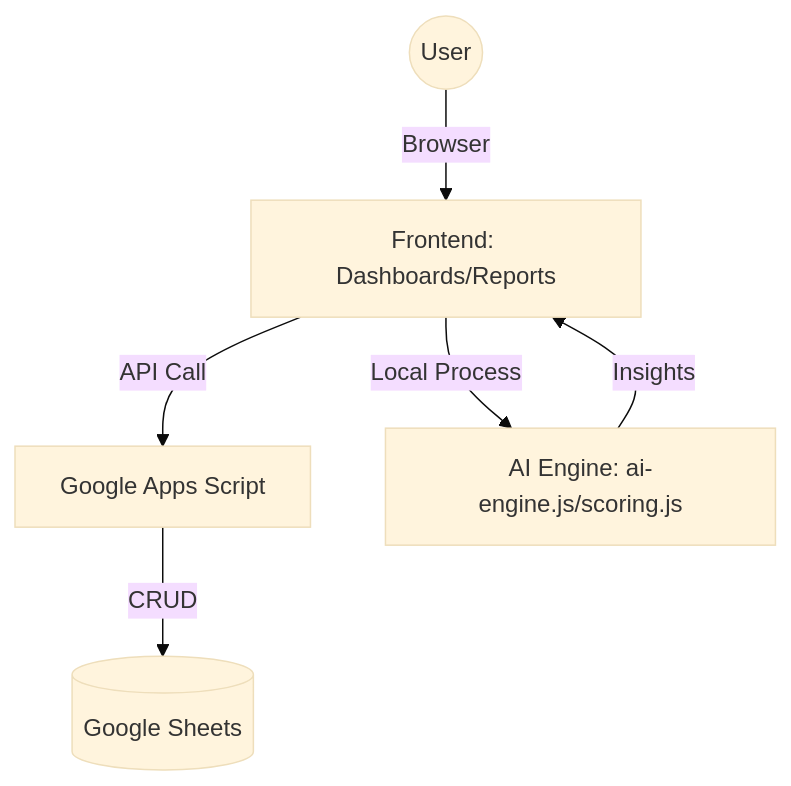
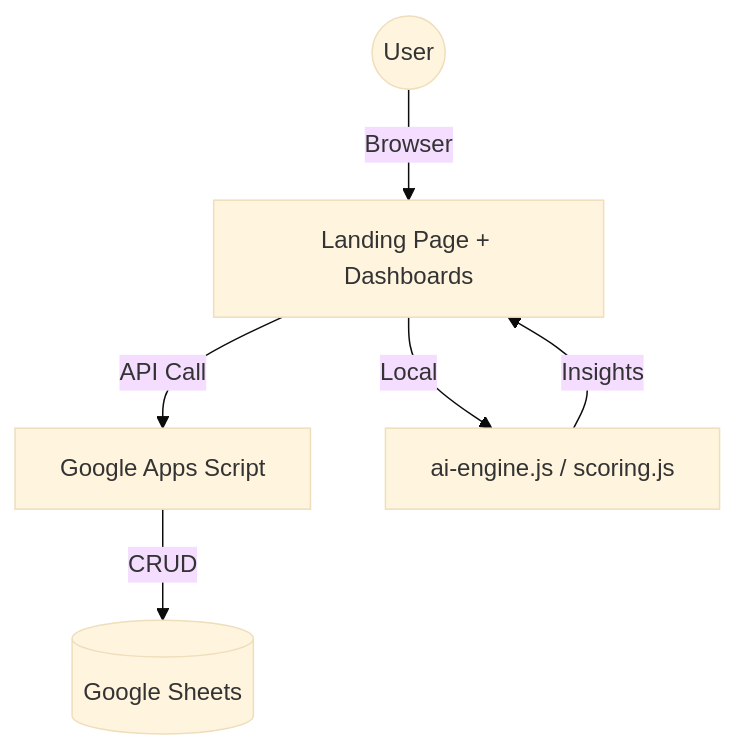
The diagram in docs/SYSTEM_DOCUMENTATION_V3.md (poppatompong-dev/KPI_Dashboard), drawn with Mermaid (base theme) before and after one commit. The commit also changed other lines of this file and 4 other files, not shown here.

````diff
--- a/docs/SYSTEM_DOCUMENTATION_V3.md
+++ b/docs/SYSTEM_DOCUMENTATION_V3.md
@@ -22,8 +20,8 @@
 ```mermaid
 graph TD
-    User((User)) -->|Browser| UI[Frontend: Dashboards/Reports]
+    User((User)) -->|Browser| UI[Landing Page + Dashboards]
     UI -->|API Call| GAS[Google Apps Script]
     GAS -->|CRUD| GS[(Google Sheets)]
-    UI -->|Local Process| AI[AI Engine: ai-engine.js/scoring.js]
+    UI -->|Local| AI[ai-engine.js / scoring.js]
     AI -->|Insights| UI
 ```
````
